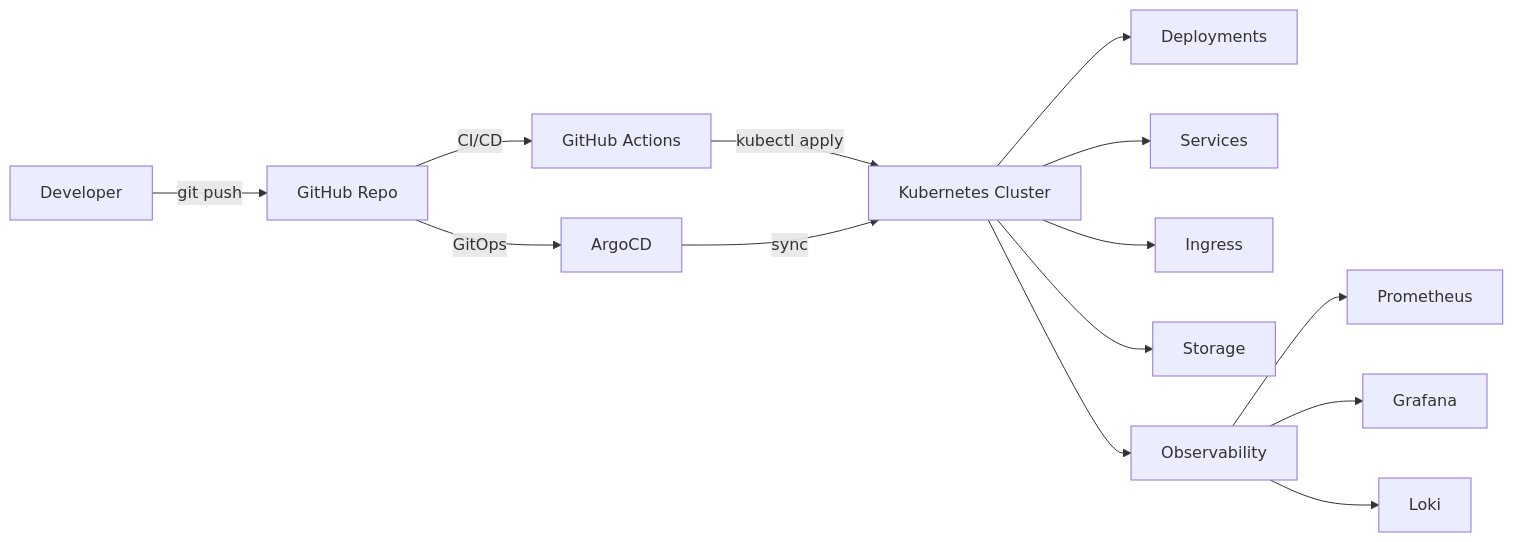
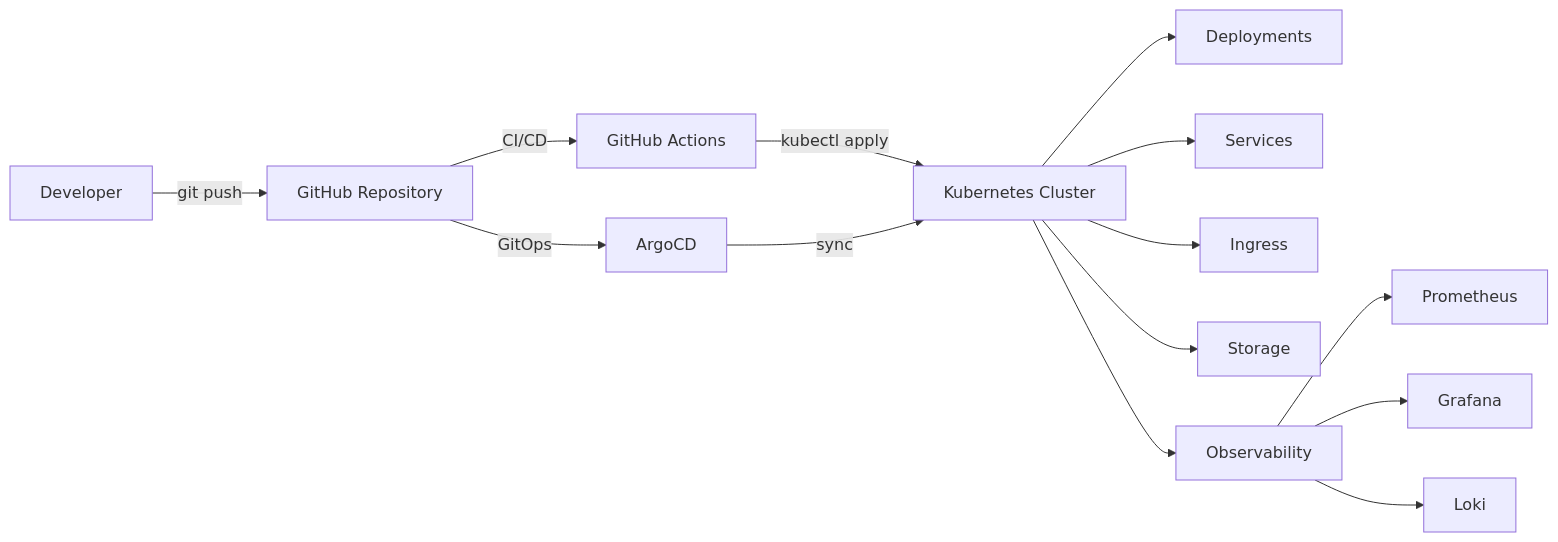
Before and after one commit to marsselu/kubernetes-hands-on-labs: the diagram in README.md, drawn with Mermaid. The commit also changed other lines of this file, not shown here.

````diff
--- a/README.md
+++ b/README.md
@@ -85,20 +84,20 @@
 ```mermaid
 flowchart LR
-    Dev[Developer] -->|git push| Git[GitHub Repo]
+    Dev[Developer] -->|git push| Git[GitHub Repository]
 
     Git -->|CI/CD| Actions[GitHub Actions]
     Actions -->|kubectl apply| Cluster[Kubernetes Cluster]
 
     Git -->|GitOps| ArgoCD[ArgoCD]
     ArgoCD -->|sync| Cluster
 
     Cluster --> Deployments
     Cluster --> Services
     Cluster --> Ingress
     Cluster --> Storage
     Cluster --> Observability
 
     Observability --> Prometheus
     Observability --> Grafana
     Observability --> Loki
 ```
````
